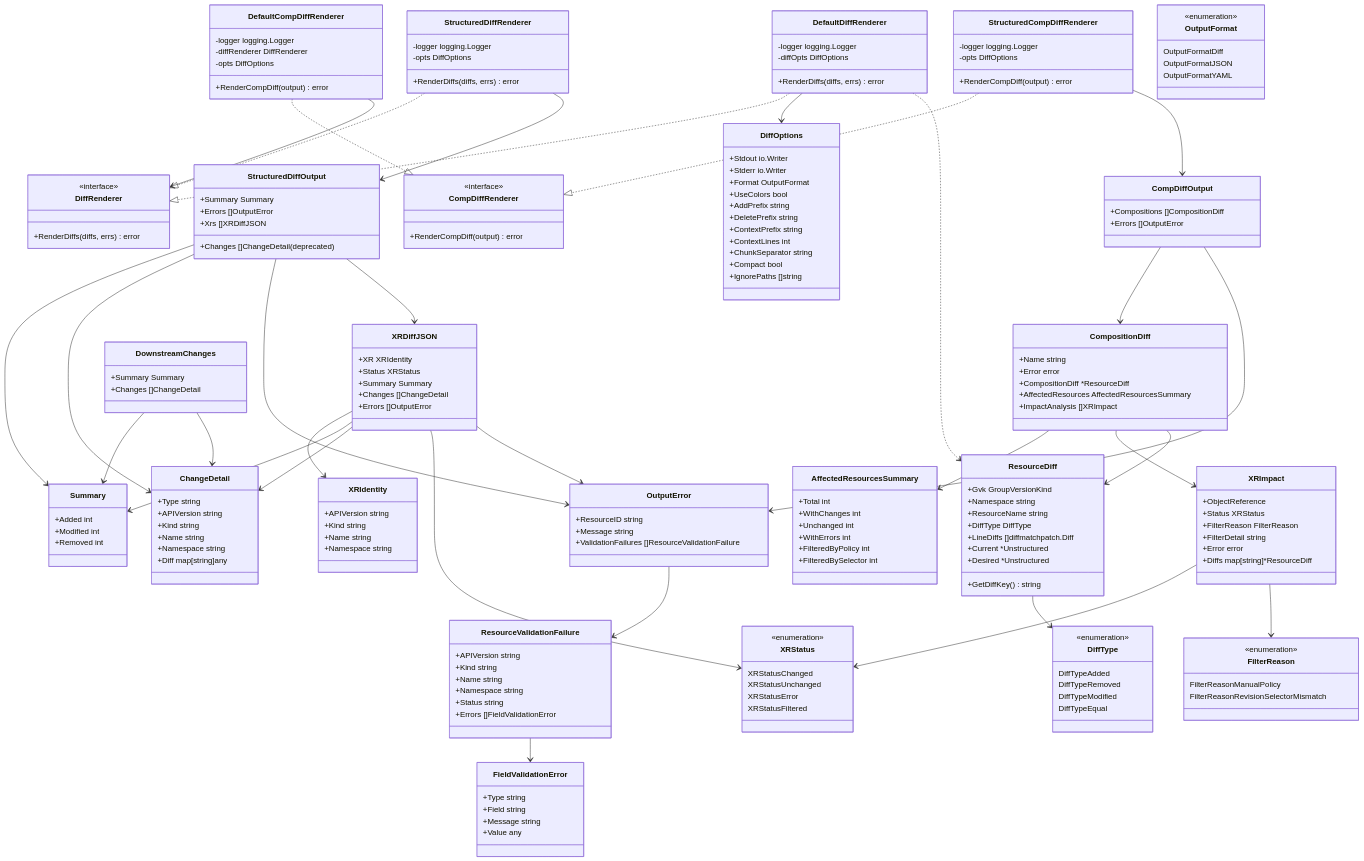
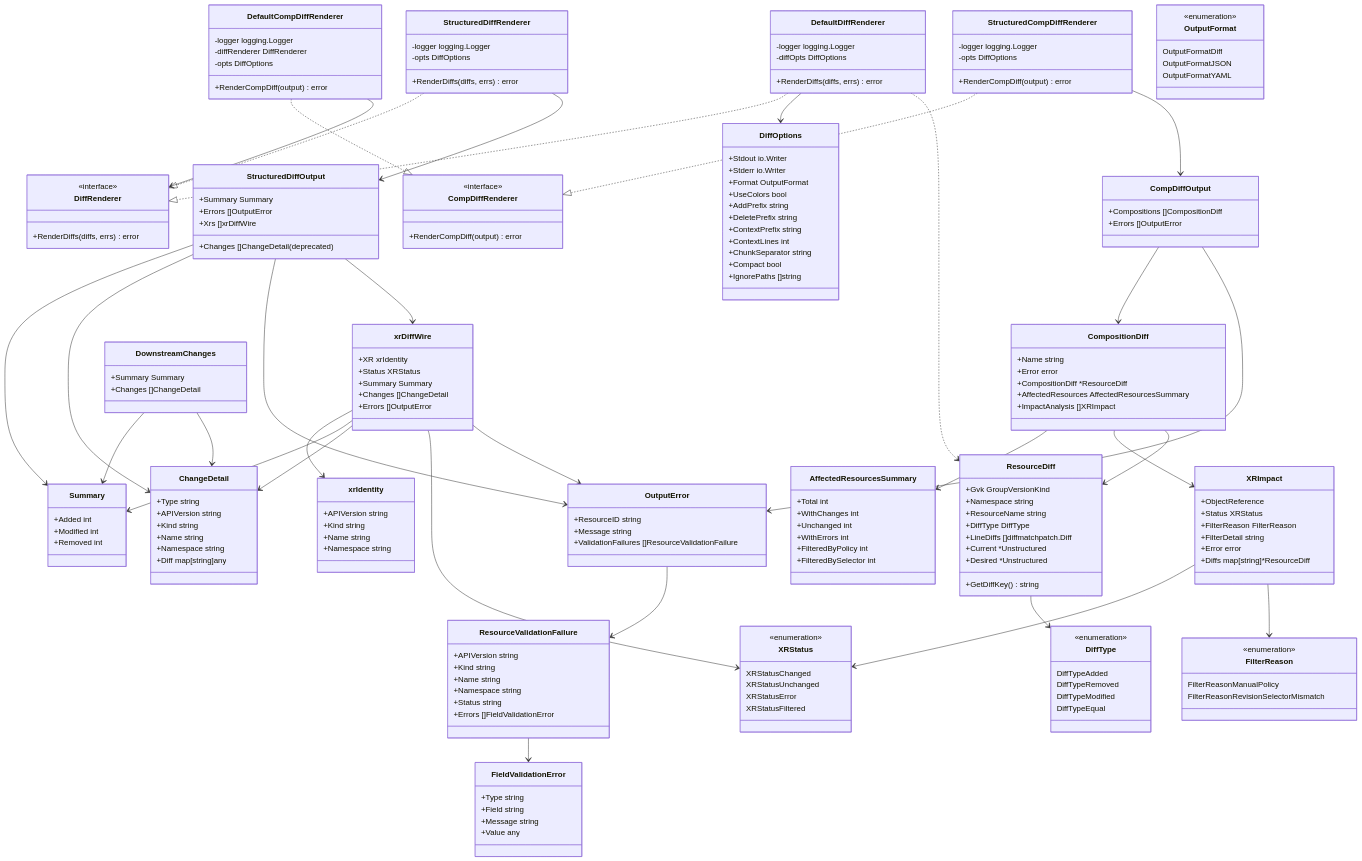
One commit to crossplane-contrib/crossplane-diff changed the diagram in design/design-doc-cli-diff/diff-rendering-architecture.mermaid. Above: the diagram before and after it, drawn with Mermaid. The commit also changed 6 other files, not shown here.

First line of the commit message:
refactor(renderer): rename JSON-suffixed wire types to a …Wire convention (#405)

```diff
--- a/design/design-doc-cli-diff/diff-rendering-architecture.mermaid
+++ b/design/design-doc-cli-diff/diff-rendering-architecture.mermaid
@@ -59,18 +59,18 @@
         +Summary Summary
         +Changes []ChangeDetail (deprecated)
         +Errors []OutputError
-        +Xrs []XRDiffJSON
+        +Xrs []xrDiffWire
     }
 
-    class XRDiffJSON {
-        +XR XRIdentity
+    class xrDiffWire {
+        +XR xrIdentity
         +Status XRStatus
         +Summary Summary
         +Changes []ChangeDetail
         +Errors []OutputError
     }
 
-    class XRIdentity {
+    class xrIdentity {
         +APIVersion string
         +Kind string
         +Name string
@@ -197,12 +197,12 @@
     StructuredDiffOutput --> Summary
     StructuredDiffOutput --> ChangeDetail
     StructuredDiffOutput --> OutputError
-    StructuredDiffOutput --> XRDiffJSON
-    XRDiffJSON --> XRIdentity
-    XRDiffJSON --> Summary
-    XRDiffJSON --> ChangeDetail
-    XRDiffJSON --> XRStatus
-    XRDiffJSON --> OutputError
+    StructuredDiffOutput --> xrDiffWire
+    xrDiffWire --> xrIdentity
+    xrDiffWire --> Summary
+    xrDiffWire --> ChangeDetail
+    xrDiffWire --> XRStatus
+    xrDiffWire --> OutputError
     CompDiffOutput --> CompositionDiff
     CompDiffOutput --> OutputError
     CompositionDiff --> AffectedResourcesSummary
```
